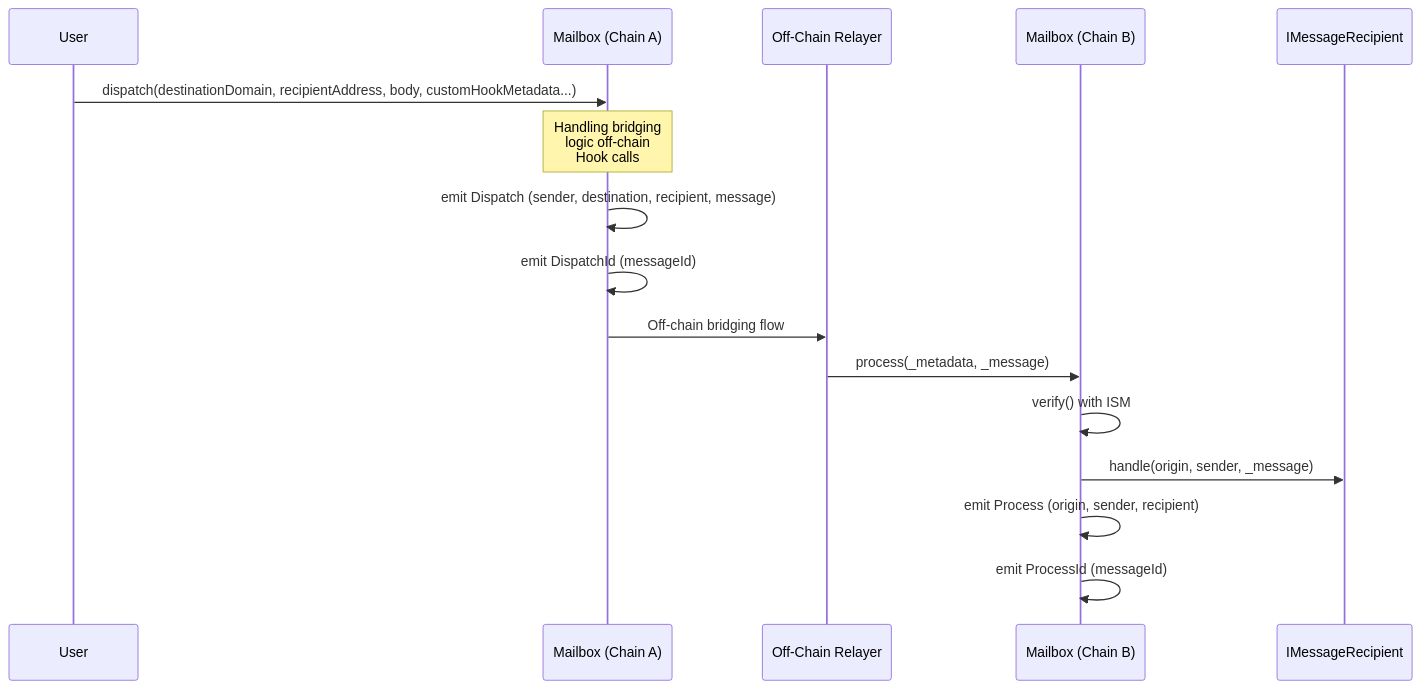
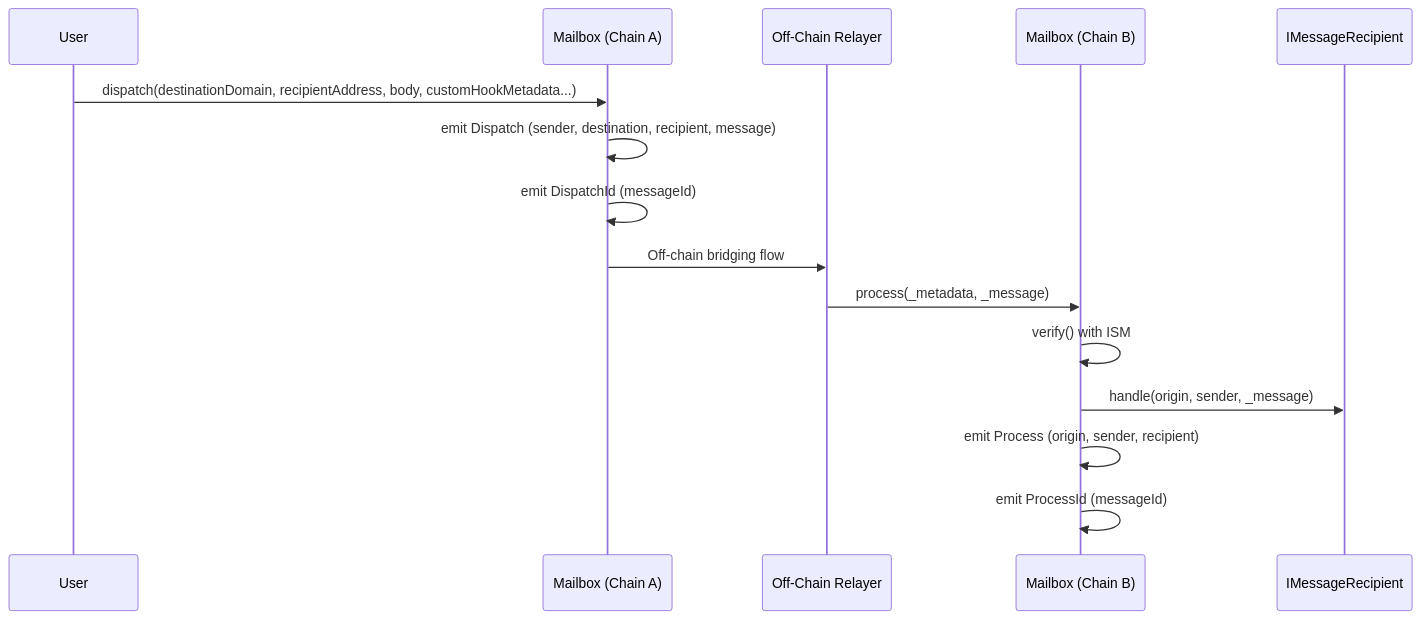
Before and after one commit to ethereum/L2-interop: the second of 4 diagrams in specs/message-passing/message-passing-unified-specs.md, drawn with Mermaid. The commit also changed other lines of this file, not shown here.

````diff
--- a/specs/message-passing/message-passing-unified-specs.md
+++ b/specs/message-passing/message-passing-unified-specs.md
@@ -110,21 +110,20 @@
 ```mermaid
 sequenceDiagram
     participant User
     participant MailboxA as Mailbox (Chain A)
     participant Relayer as Off-Chain Relayer
     participant MailboxB as Mailbox (Chain B)
     participant Recipient as IMessageRecipient
 
     User->>MailboxA: dispatch(destinationDomain, recipientAddress, body, customHookMetadata...)
-    Note over MailboxA: Handling bridging <br/> logic off-chain <br/> Hook calls
     MailboxA->>MailboxA: emit Dispatch (sender, destination, recipient, message)
     MailboxA->>MailboxA: emit DispatchId (messageId)
     MailboxA->>Relayer: Off-chain bridging flow
 
     Relayer->>MailboxB: process(_metadata, _message)
     MailboxB->>MailboxB: verify() with ISM
     MailboxB->>Recipient: handle(origin, sender, _message) 
     MailboxB->>MailboxB: emit Process (origin, sender, recipient)
     MailboxB->>MailboxB: emit ProcessId (messageId)
 
 ```
````
